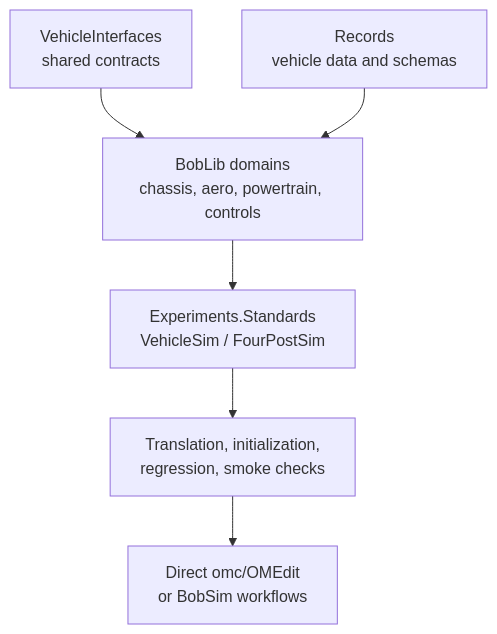
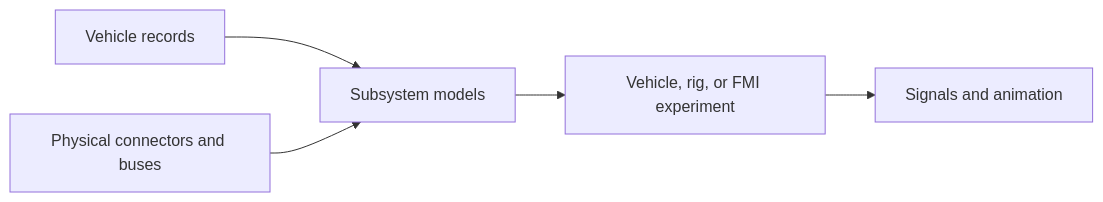
One commit to BobDyn/BobDocs changed the diagram in docs/boblib/index.md. Above: the diagram before and after it, drawn with Mermaid. The commit also changed other lines of this file and 42 other files, not shown here.

Commit message:
Refresh BobSim workflows and BobLib documentation

````diff
--- a/docs/boblib/index.md
+++ b/docs/boblib/index.md
@@ -47,15 +40,7 @@
 ```mermaid
-flowchart TB
-    vi["VehicleInterfaces<br/>shared contracts"]
-    domains["BobLib domains<br/>chassis, aero, powertrain, controls"]
-    records["Records<br/>vehicle data and schemas"]
-    experiments["Experiments.Standards<br/>VehicleSim / FourPostSim"]
-    checks["Translation, initialization,<br/>regression, smoke checks"]
-    sim["Direct omc/OMEdit<br/>or BobSim workflows"]
-
-    vi --> domains
-    records --> domains
-    domains --> experiments
-    experiments --> checks
-    checks --> sim
+flowchart LR
+    records["Vehicle records"] --> components["Subsystem models"]
+    interfaces["Physical connectors and buses"] --> components
+    components --> experiment["Vehicle, rig, or FMI experiment"]
+    experiment --> results["Signals and animation"]
 ```
````
